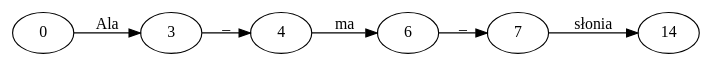
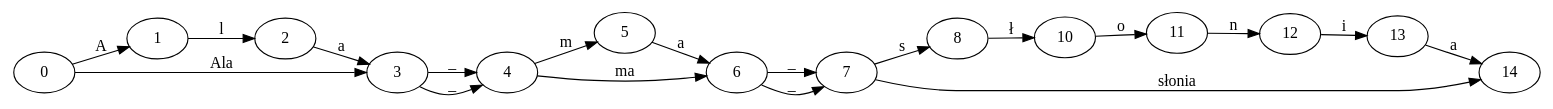
The diagram in formats/dot/t/files/simple.dot (manicki/psi-toolkit), drawn with Graphviz before and after one commit. The commit also changed 5 other files, not shown here.

```diff
--- a/formats/dot/t/files/simple.dot
+++ b/formats/dot/t/files/simple.dot
@@ -1,8 +1,21 @@
 digraph G {
 rankdir=LR
+0 -> 1 [label="A"]
+1 -> 2 [label="l"]
+2 -> 3 [label="a"]
 0 -> 3 [label="Ala"]
 3 -> 4 [label="_"]
+3 -> 4 [label="_"]
+4 -> 5 [label="m"]
+5 -> 6 [label="a"]
 4 -> 6 [label="ma"]
 6 -> 7 [label="_"]
+6 -> 7 [label="_"]
+7 -> 8 [label="s"]
+8 -> 10 [label="ł"]
+10 -> 11 [label="o"]
+11 -> 12 [label="n"]
+12 -> 13 [label="i"]
+13 -> 14 [label="a"]
 7 -> 14 [label="słonia"]
 }
```
